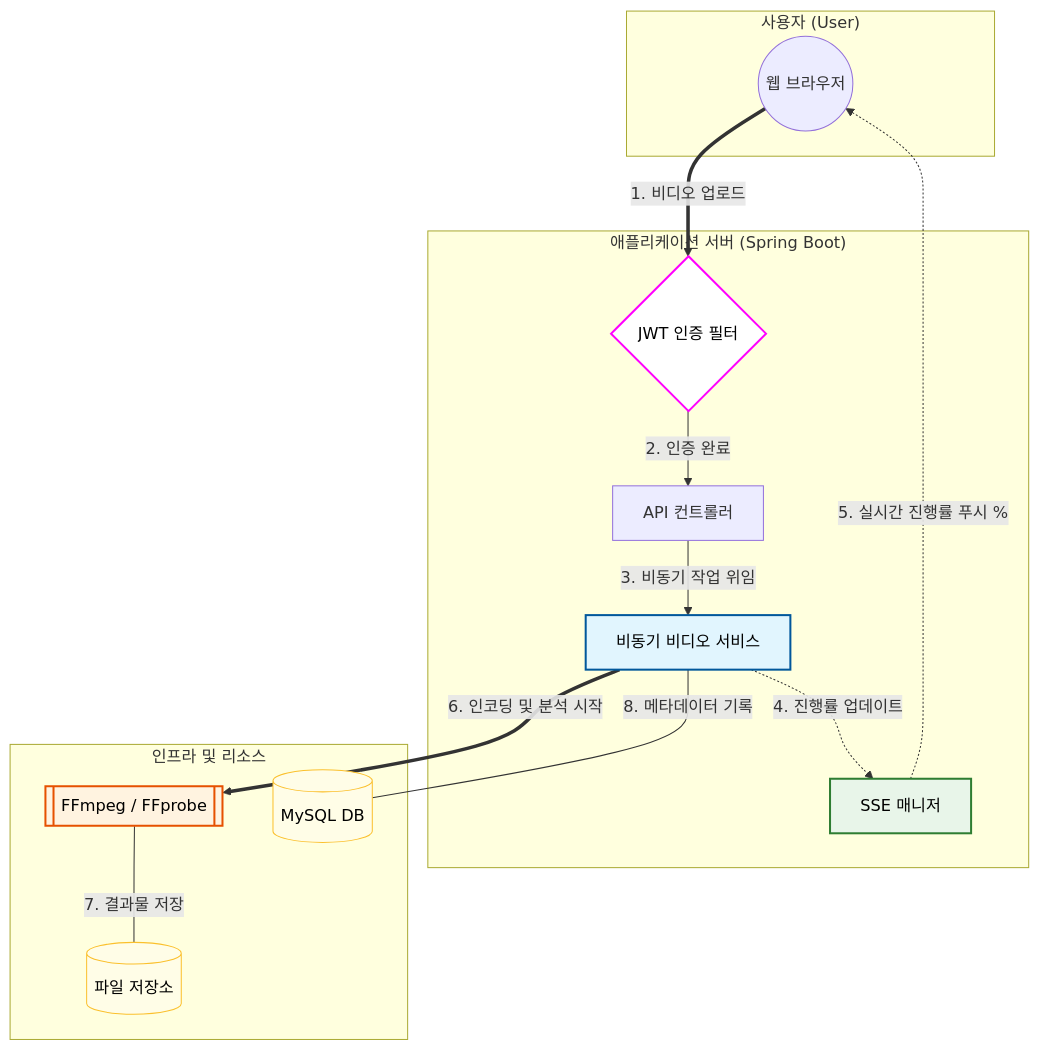
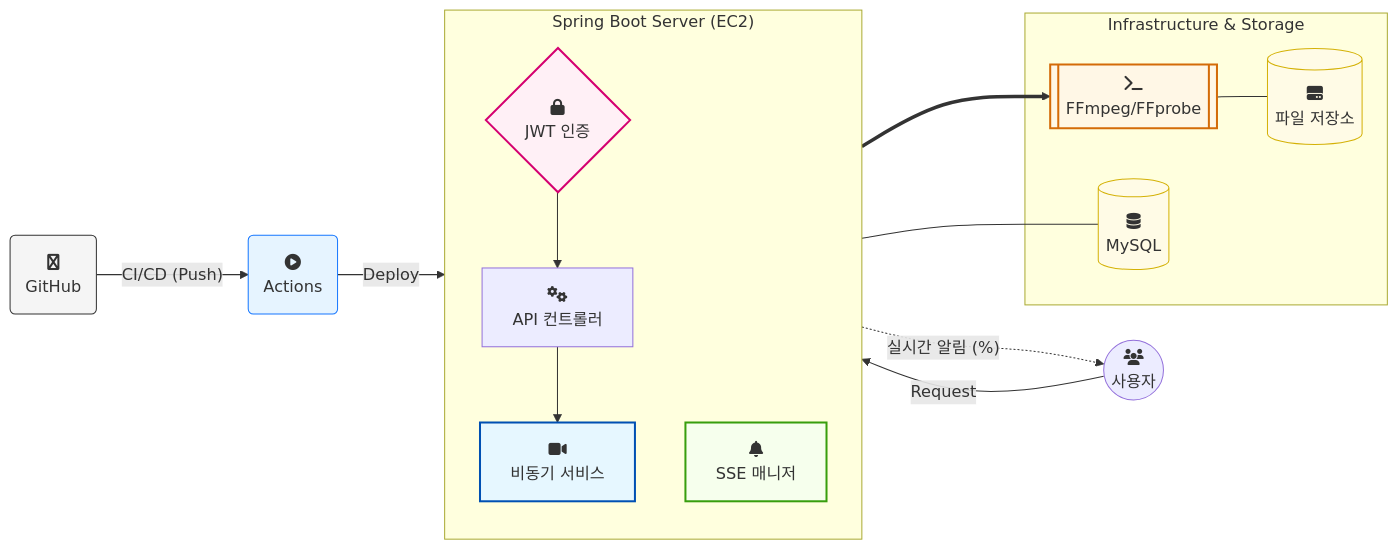
The diagram in README.md (sewoong-An/streaming), drawn with Mermaid before and after one commit.

````diff
--- a/README.md
+++ b/README.md
@@ -43,42 +43,45 @@
 ```mermaid
-graph TD
+graph LR
     %% 사용자 영역
-    subgraph "사용자 (User)"
-        User((웹 브라우저))
+    User((fa:fa-users <br/> 사용자))
+
+    %% 서버 및 로직 영역
+    subgraph "Spring Boot Server (EC2)"
+        direction TB
+        Auth{fa:fa-lock <br/> JWT 인증}
+        API[fa:fa-gears <br/> API 컨트롤러]
+        Svc[fa:fa-video <br/> 비동기 서비스]
+        SSE[fa:fa-bell <br/> SSE 매니저]
     end
 
-    %% 서버 영역
-    subgraph "애플리케이션 서버 (Spring Boot)"
-        Auth{JWT 인증 필터}
-        Ctrl[API 컨트롤러]
-        Svc[비동기 비디오 서비스]
-        SSE[SSE 매니저]
+    %% 인프라 및 데이터 영역
+    subgraph "Infrastructure & Storage"
+        FF[[fa:fa-terminal <br/> FFmpeg/FFprobe]]
+        Storage[(fa:fa-hard-drive <br/> 파일 저장소)]
+        DB[(fa:fa-database <br/> MySQL)]
     end
 
-    %% 리소스 영역
-    subgraph "인프라 및 리소스"
-        FF[[FFmpeg / FFprobe]]
-        Storage[(파일 저장소)]
-        DB[(MySQL DB)]
-    end
+    %% 배포 라인
+    GitHub(fa:fa-github <br/> GitHub) -- "CI/CD (Push)" --> Actions(fa:fa-play-circle <br/> Actions)
+    Actions -- "Deploy" --> API
 
-    %% 흐름 연결 (강조선 사용)
-    User ==>|1. 비디오 업로드| Auth
-    Auth -->|2. 인증 완료| Ctrl
-    Ctrl -->|3. 비동기 작업 위임| Svc
+    %% 서비스 흐름
+    User -- "Request" --> Auth
+    Auth --> API
+    API --> Svc
+    Svc -. "실시간 알림 (%)" .-> User
     
-    Svc -.->|4. 진행률 업데이트| SSE
-    SSE -.->|5. 실시간 진행률 푸시 %| User
-    
-    Svc ==>|6. 인코딩 및 분석 시작| FF
-    FF --- |7. 결과물 저장| Storage
-    Svc --- |8. 메타데이터 기록| DB
+    Svc ==> FF
+    FF --- Storage
+    Svc --- DB
 
-    %% 스타일 설정 (명확한 대비)
-    style Auth fill:#ffffff,stroke:#ff00ff,stroke-width:2px,color:#000
-    style Svc fill:#e1f5fe,stroke:#01579b,stroke-width:2px,color:#000
-    style SSE fill:#e8f5e9,stroke:#2e7d32,stroke-width:2px,color:#000
-    style FF fill:#fff3e0,stroke:#e65100,stroke-width:2px,color:#000
-    style DB fill:#fffde7,stroke:#fbc02d,color:#000
-    style Storage fill:#fffde7,stroke:#fbc02d,color:#000
+    %% 스타일링 (색상 및 가독성)
+    style Auth fill:#fff0f6,stroke:#d40071,stroke-width:2px
+    style Svc fill:#e6f7ff,stroke:#0050b3,stroke-width:2px
+    style SSE fill:#f6ffed,stroke:#389e0d,stroke-width:2px
+    style FF fill:#fff7e6,stroke:#d46b08,stroke-width:2px
+    style DB fill:#fffbe6,stroke:#d4b106
+    style Storage fill:#fffbe6,stroke:#d4b106
+    style GitHub fill:#f5f5f5,stroke:#333
+    style Actions fill:#e6f4ff,stroke:#1677ff
 ```
````
